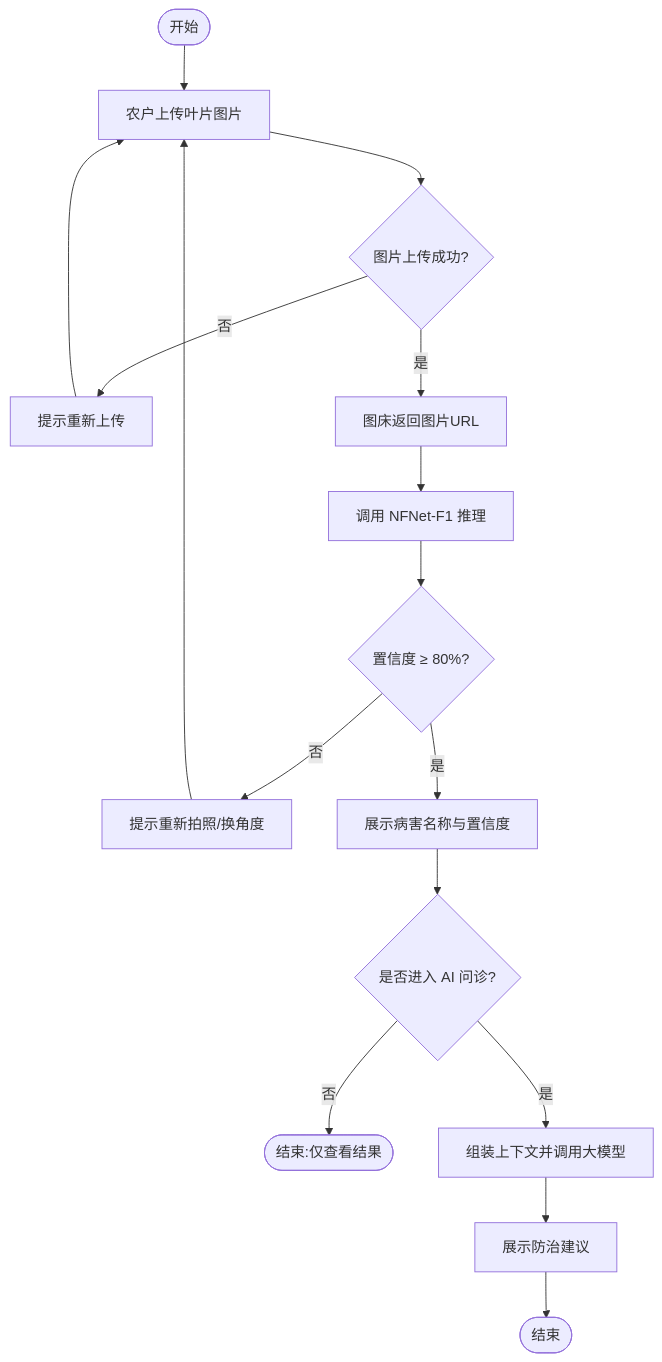
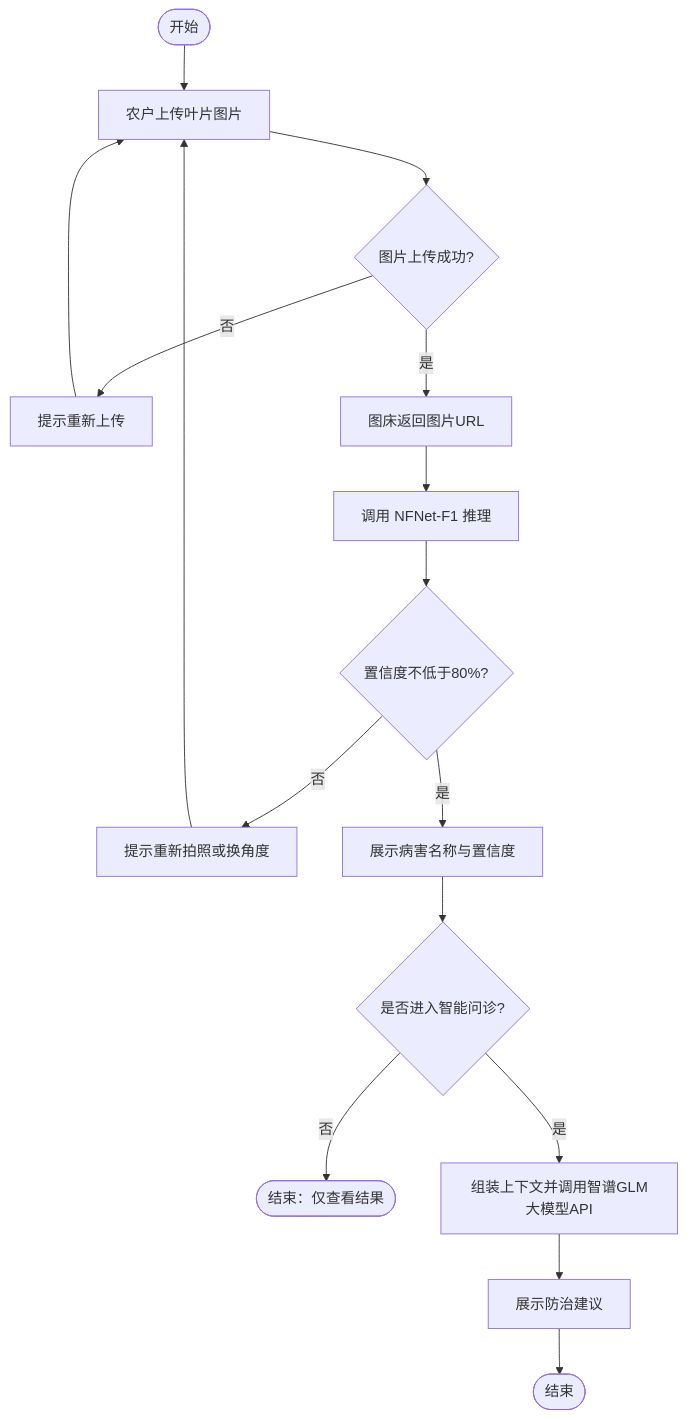
One commit to caicaiyueya/CropDoc-web- changed the second of 3 diagrams in docs/面向对象需求分析报告.md. Above: the diagram before and after it, drawn with Mermaid. The commit also changed other lines of this file and 15 other files, not shown here.

````diff
--- a/docs/面向对象需求分析报告.md
+++ b/docs/面向对象需求分析报告.md
@@ -63,18 +86,18 @@
 ```mermaid
 flowchart TD
   Start([开始]) --> Upload[农户上传叶片图片]
   Upload --> UOK{图片上传成功?}
   UOK -->|否| Tip1[提示重新上传]
   Tip1 --> Upload
   UOK -->|是| GetURL[图床返回图片URL]
-  GetURL --> Infer[调用 NFNet-F1 推理]
-  Infer --> Conf{置信度 ≥ 80%?}
-  Conf -->|否| Tip2[提示重新拍照/换角度]
+  GetURL --> Infer["调用 NFNet-F1 推理"]
+  Infer --> Conf{"置信度不低于80%?"}
+  Conf -->|否| Tip2[提示重新拍照或换角度]
   Tip2 --> Upload
   Conf -->|是| Show[展示病害名称与置信度]
-  Show --> Ask{是否进入 AI 问诊?}
-  Ask -->|否| End1([结束:仅查看结果])
-  Ask -->|是| Chat[组装上下文并调用大模型]
+  Show --> Ask{是否进入智能问诊?}
+  Ask -->|否| End1(["结束：仅查看结果"])
+  Ask -->|是| Chat[组装上下文并调用智谱GLM大模型API]
   Chat --> Advice[展示防治建议]
   Advice --> End2([结束])
 ```
````
